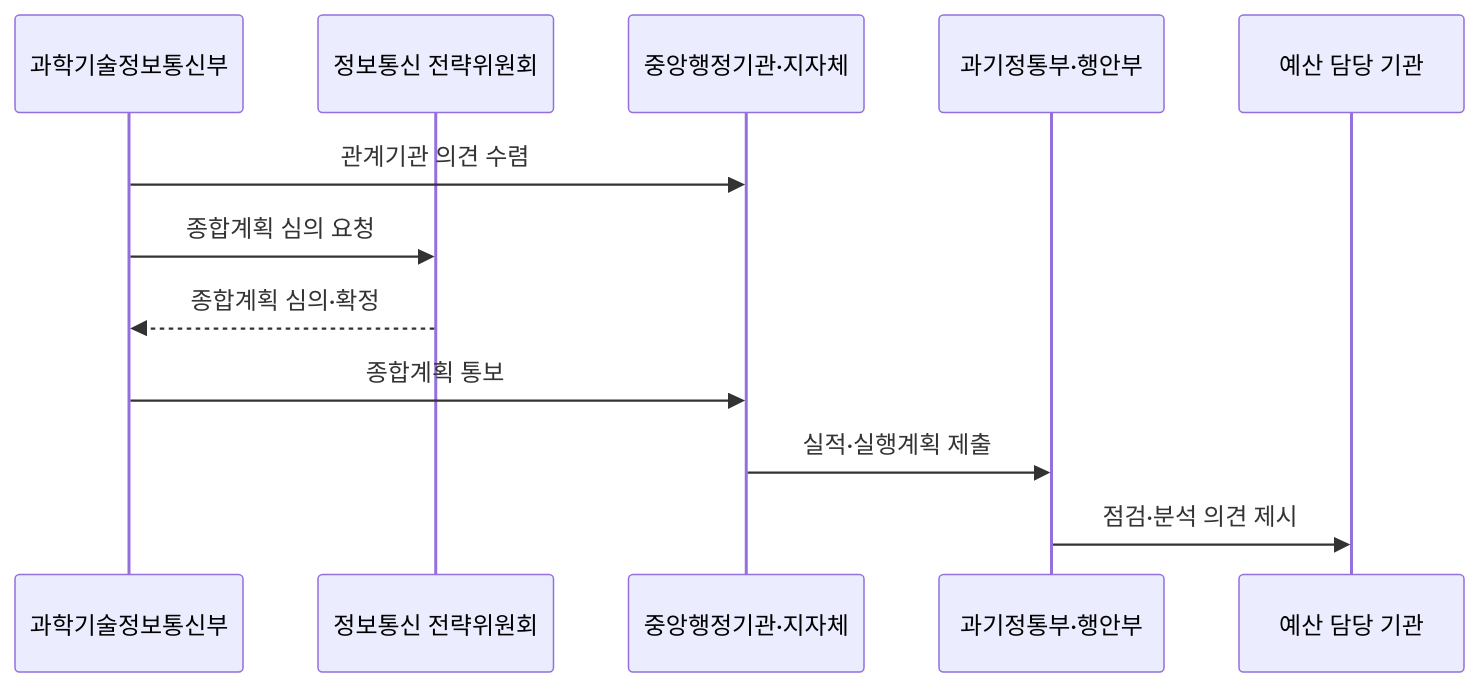
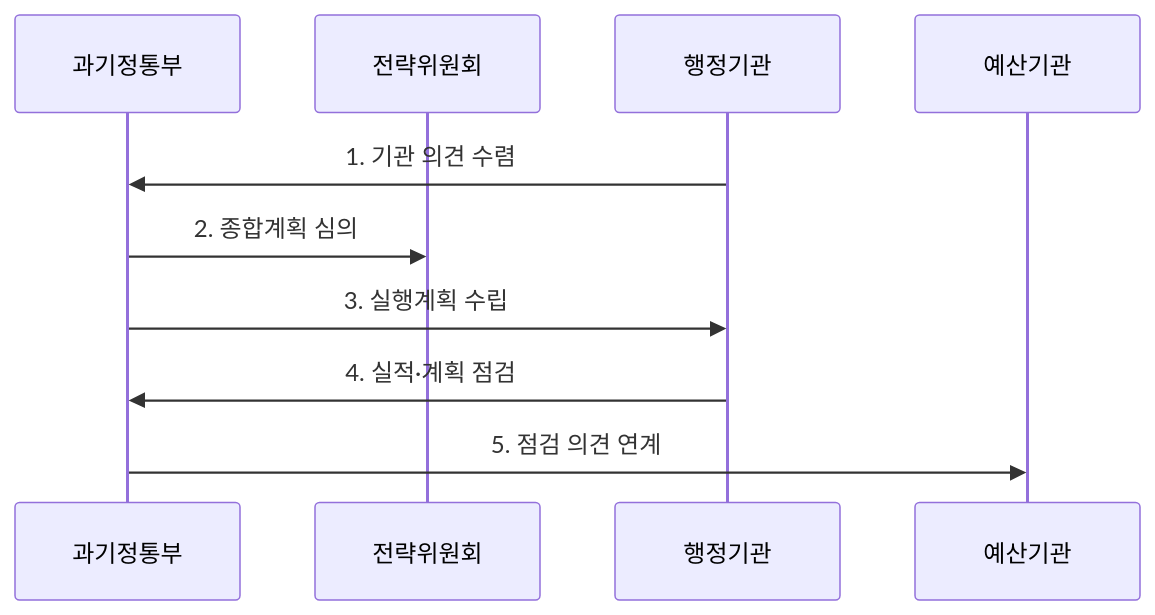
One commit to agnusdei1207/knowledge-base changed the second of 2 diagrams in src/content/docs/notes/03-software/226_intelligent_informatization_framework_act.md. Above: the diagram before and after it, drawn with Mermaid. The commit also changed other lines of this file and 20 other files, not shown here.

````diff
--- a/src/content/docs/notes/03-software/226_intelligent_informatization_framework_act.md
+++ b/src/content/docs/notes/03-software/226_intelligent_informatization_framework_act.md
@@ -78,14 +80,12 @@
 ```mermaid
 sequenceDiagram
-    participant M as 과학기술정보통신부
-    participant S as 정보통신 전략위원회
-    participant A as 중앙행정기관·지자체
-    participant J as 과기정통부·행안부
-    participant B as 예산 담당 기관
-    M->>A: 관계기관 의견 수렴
-    M->>S: 종합계획 심의 요청
-    S-->>M: 종합계획 심의·확정
-    M->>A: 종합계획 통보
-    A->>J: 실적·실행계획 제출
-    J->>B: 점검·분석 의견 제시
+    participant 과기정통부
+    participant 전략위원회
+    participant 행정기관
+    participant 예산기관
+    행정기관->>과기정통부: 1. 기관 의견 수렴
+    과기정통부->>전략위원회: 2. 종합계획 심의
+    과기정통부->>행정기관: 3. 실행계획 수립
+    행정기관->>과기정통부: 4. 실적·계획 점검
+    과기정통부->>예산기관: 5. 점검 의견 연계
 ```
````
